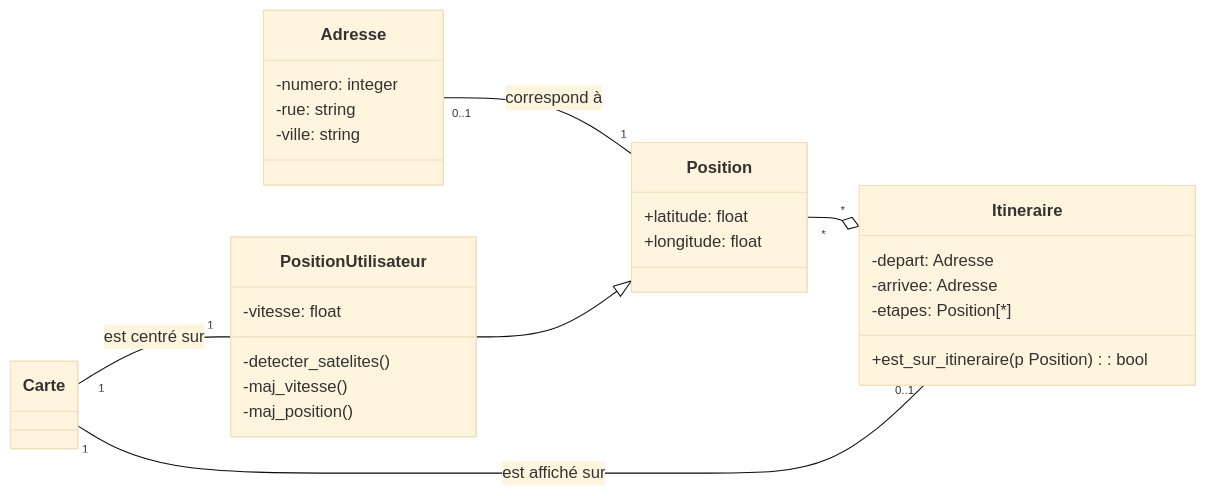
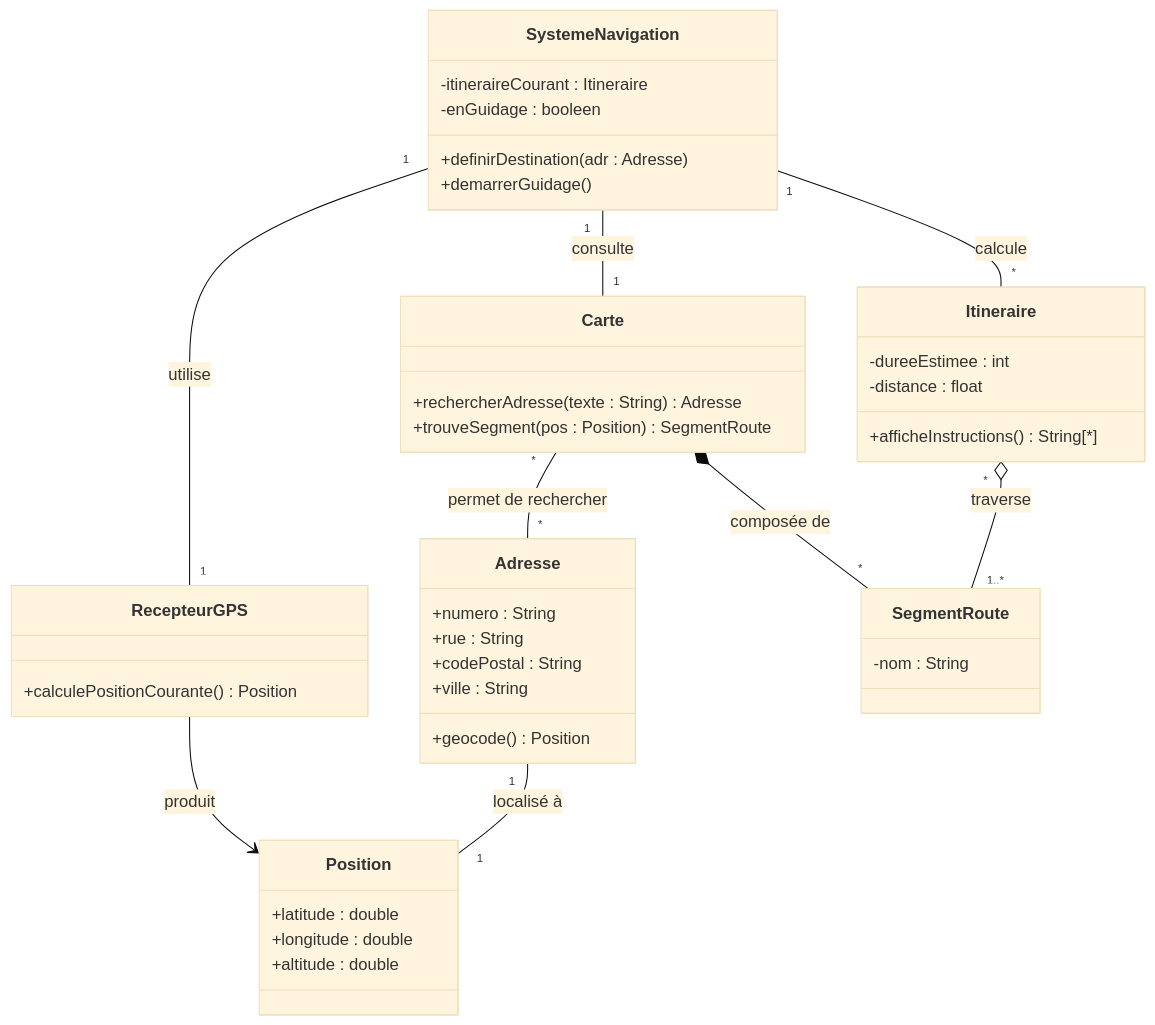
The third of 3 diagrams in img/exo_uml/gps_source_des_diagrammes.md (ClementDelgrange/Cours_analyse_informatique), drawn with Mermaid (base theme) before and after one commit. The commit also changed other lines of this file and 5 other files, not shown here.

Commit message:
revue exercice "Application de navigation GPS"

````diff
--- a/img/exo_uml/gps_source_des_diagrammes.md
+++ b/img/exo_uml/gps_source_des_diagrammes.md
@@ -2,34 +63,64 @@
 ```mermaid
 classDiagram
-    direction LR
-    class Adresse{
-        -numero: integer
-        -rue: string
-        -ville: string
-    }
-    class Position{
-        +latitude: float
-        +longitude: float
-    }
-    class PositionUtilisateur{
-        -vitesse: float
-        -detecter_satelites()
-        -maj_vitesse()
-        -maj_position()
-    }
-    class Itineraire{
-        -depart: Adresse
-        -arrivee: Adresse
-        -etapes: Position[*]
-        +est_sur_itineraire(p Position): bool
-    }
-    class Carte{
-
+    %% Classes principales système
+    class SystemeNavigation {
+        -itineraireCourant : Itineraire
+        -enGuidage : booleen
+        +definirDestination(adr : Adresse)
+        +demarrerGuidage()
     }
 
-    Adresse "0..1" -- "1" Position: correspond à
-    Position "*" --o "*" Itineraire
-    PositionUtilisateur --|> Position
-    Carte "1" -- "1" PositionUtilisateur: est centré sur
-    Carte "1" -- "0..1" Itineraire: est affiché sur
+    class RecepteurGPS {
+        +calculePositionCourante() Position
+    }
+
+    %% Données Géographiques
+    class Position {
+        +latitude : double
+        +longitude : double
+        +altitude : double
+    }
+
+    class Adresse {
+        +numero : String
+        +rue : String
+        +codePostal : String
+        +ville : String
+        +geocode() Position
+    }
+
+    class Carte {
+        +rechercherAdresse(texte : String) Adresse
+        +trouveSegment(pos : Position) SegmentRoute
+    }
+
+    class Itineraire {
+        -dureeEstimee : int
+        -distance : float
+        +afficheInstructions() String[*]
+    }
+
+    class SegmentRoute {
+        -nom : String
+    }
+
+    %% RELATIONS
+    
+    %% Le système utilise le GPS et la Carte
+    SystemeNavigation "1" -- "1" RecepteurGPS : utilise
+    SystemeNavigation "1" -- "1" Carte : consulte
+    SystemeNavigation "1" -- "*" Itineraire : calcule
+    
+    %% Une adresse "correspond" à une position géographique
+    Adresse "1" -- "1" Position : localisé à
+    
+    %% La carte contient les données brutes et permet de trouver des adresses
+    Carte "*" -- "*" Adresse : permet de rechercher
+    Carte *-- "*" SegmentRoute : composée de
+    
+    %% L'itinéraire est une suite de segments
+    Itineraire "*" o-- "1..*" SegmentRoute : traverse
+    
+    %% Le GPS produit des positions
+    RecepteurGPS --> Position : produit
 ```
````
